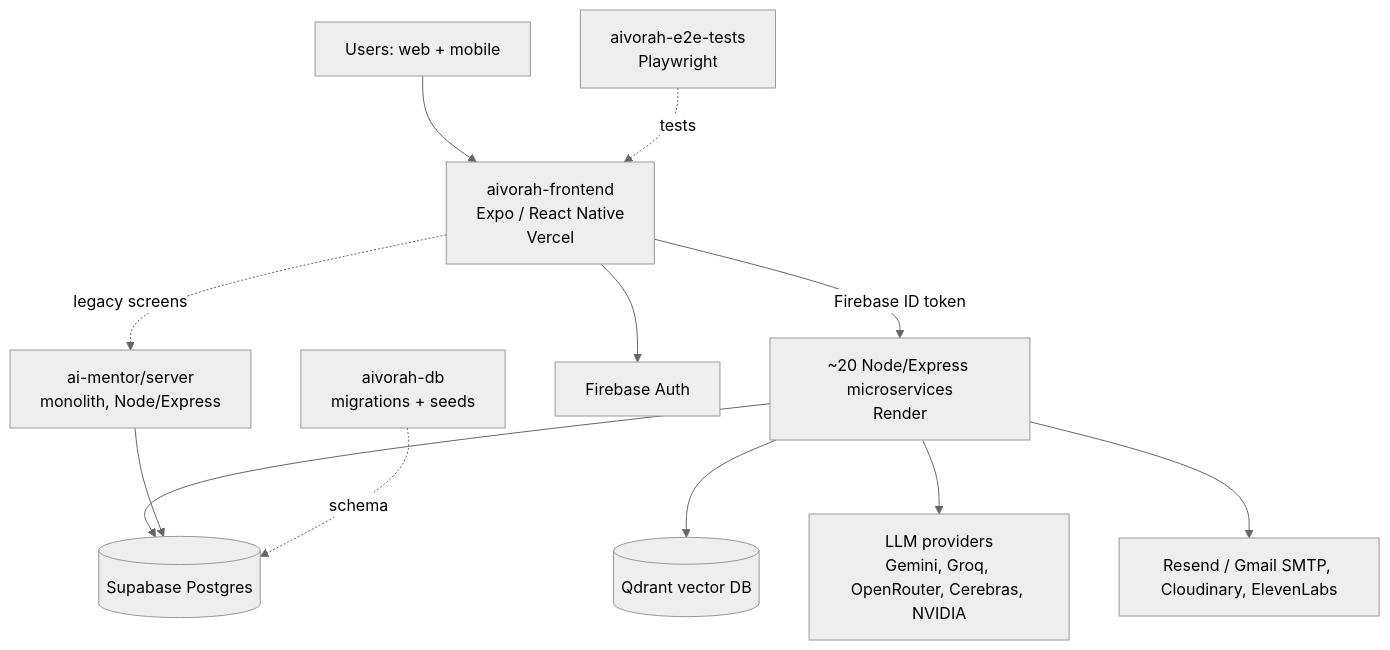
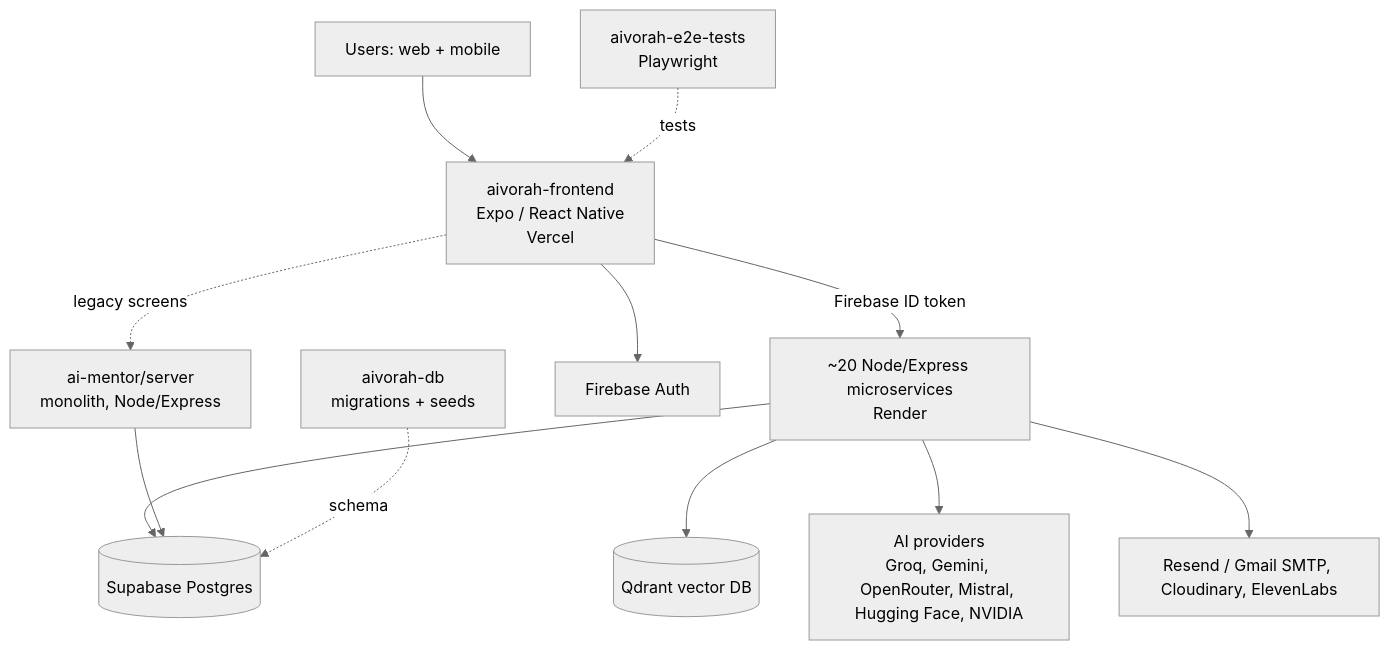
One commit to aivorah24/aivorah-handover changed the diagram in 01-overview/system-overview.md. Above: the diagram before and after it, drawn with Mermaid (neutral theme). The commit also changed other lines of this file and 3 other files, not shown here.

First line of the commit message:
docs: architecture diagram; simplify feature map (#11)

````diff
--- a/01-overview/system-overview.md
+++ b/01-overview/system-overview.md
@@ -19,14 +19,14 @@
 ```mermaid
 graph TD
     U[Users: web + mobile] --> FE[aivorah-frontend<br/>Expo / React Native<br/>Vercel]
     FE -->|Firebase ID token| SVC[~20 Node/Express microservices<br/>Render]
     FE -. legacy screens .-> MONO[ai-mentor/server<br/>monolith, Node/Express]
     FE --> FB[Firebase Auth]
     SVC --> SB[(Supabase Postgres)]
     MONO --> SB
     SVC --> Q[(Qdrant vector DB)]
-    SVC --> LLM[LLM providers<br/>Gemini, Groq, OpenRouter, Cerebras, NVIDIA]
+    SVC --> LLM[AI providers<br/>Groq, Gemini, OpenRouter, Mistral, Hugging Face, NVIDIA]
     SVC --> EXT[Resend / Gmail SMTP, Cloudinary, ElevenLabs]
     DB[aivorah-db<br/>migrations + seeds] -. schema .-> SB
     E2E[aivorah-e2e-tests<br/>Playwright] -. tests .-> FE
 ```
````
